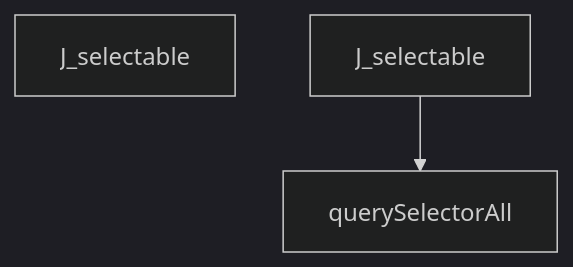
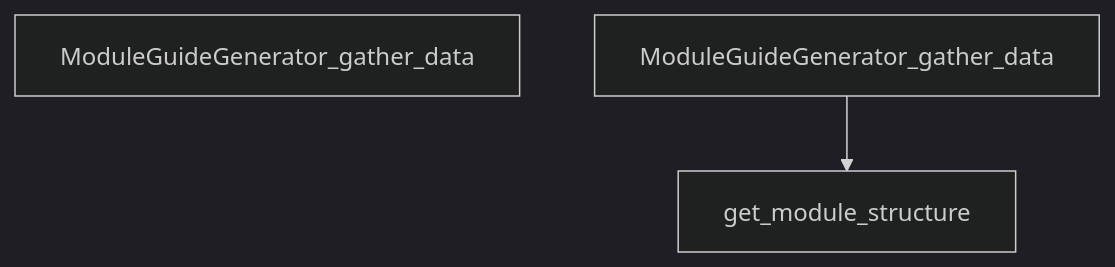
One commit to hazalkoom/DECODEx01 changed diagram 17 of 27 in docs/DATA_FLOW.md. Above: the diagram before and after it, drawn with Mermaid (dark theme). The commit also changed other lines of this file and 12 other files, not shown here.

````diff
--- a/docs/DATA_FLOW.md
+++ b/docs/DATA_FLOW.md
@@ -731,9 +613,9 @@
 ```mermaid
 graph TD
-    Start[J_selectable]
+    Start[ModuleGuideGenerator_gather_data]
 
 
-    J_selectable --> querySelectorAll
+    ModuleGuideGenerator_gather_data --> get_module_structure
 
 
 ```
````
